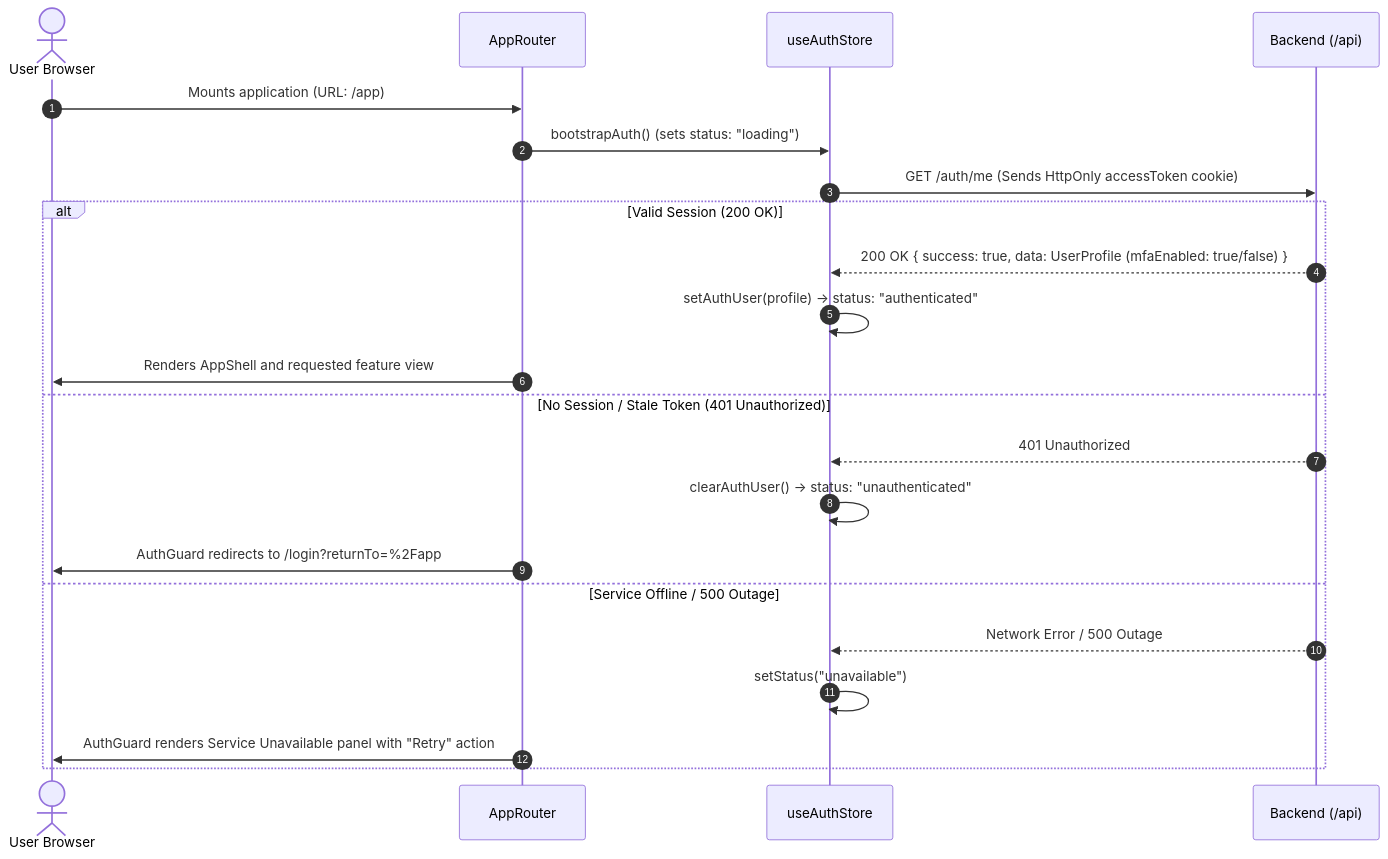
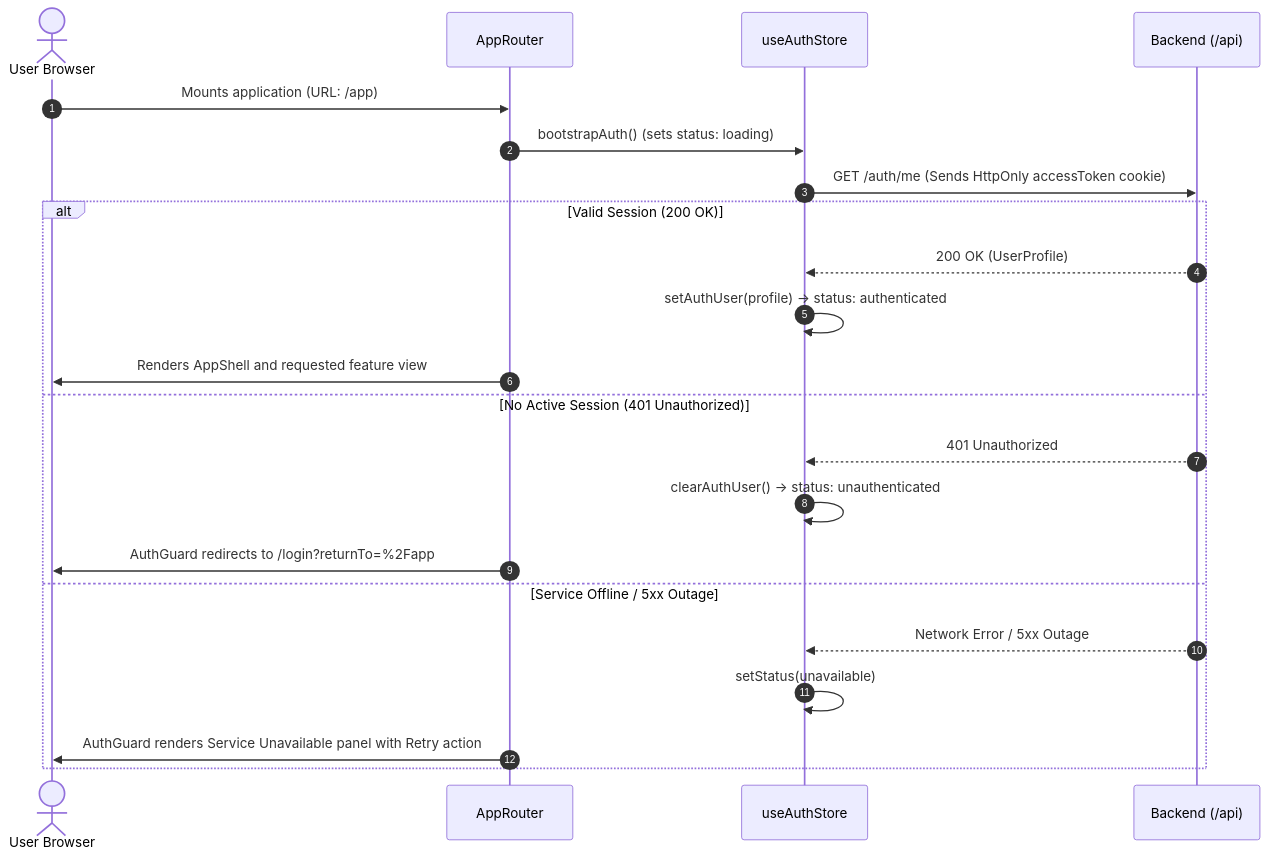
Before and after one commit to utkarshj014/authsphere: the fifth of 9 diagrams in docs/FRONTEND_ARCHITECTURE.md, drawn with Mermaid. The commit also changed other lines of this file, not shown here.

````diff
--- a/docs/FRONTEND_ARCHITECTURE.md
+++ b/docs/FRONTEND_ARCHITECTURE.md
@@ -300,26 +299,26 @@
 ```mermaid
 sequenceDiagram
     autonumber
     actor User as User Browser
     participant Router as AppRouter
     participant Store as useAuthStore
     participant API as Backend (/api)
 
     User->>Router: Mounts application (URL: /app)
-    Router->>Store: bootstrapAuth() (sets status: "loading")
+    Router->>Store: bootstrapAuth() (sets status: loading)
     Store->>API: GET /auth/me (Sends HttpOnly accessToken cookie)
-    
+
     alt Valid Session (200 OK)
-        API-->>Store: 200 OK { success: true, data: UserProfile (mfaEnabled: true/false) }
-        Store->>Store: setAuthUser(profile) -> status: "authenticated"
+        API-->>Store: 200 OK (UserProfile)
+        Store->>Store: setAuthUser(profile) -> status: authenticated
         Router->>User: Renders AppShell and requested feature view
-    else No Session / Stale Token (401 Unauthorized)
+    else No Active Session (401 Unauthorized)
         API-->>Store: 401 Unauthorized
-        Store->>Store: clearAuthUser() -> status: "unauthenticated"
+        Store->>Store: clearAuthUser() -> status: unauthenticated
         Router->>User: AuthGuard redirects to /login?returnTo=%2Fapp
-    else Service Offline / 500 Outage
-        API-->>Store: Network Error / 500 Outage
-        Store->>Store: setStatus("unavailable")
-        Router->>User: AuthGuard renders Service Unavailable panel with "Retry" action
+    else Service Offline / 5xx Outage
+        API-->>Store: Network Error / 5xx Outage
+        Store->>Store: setStatus(unavailable)
+        Router->>User: AuthGuard renders Service Unavailable panel with Retry action
     end
 ```
````
